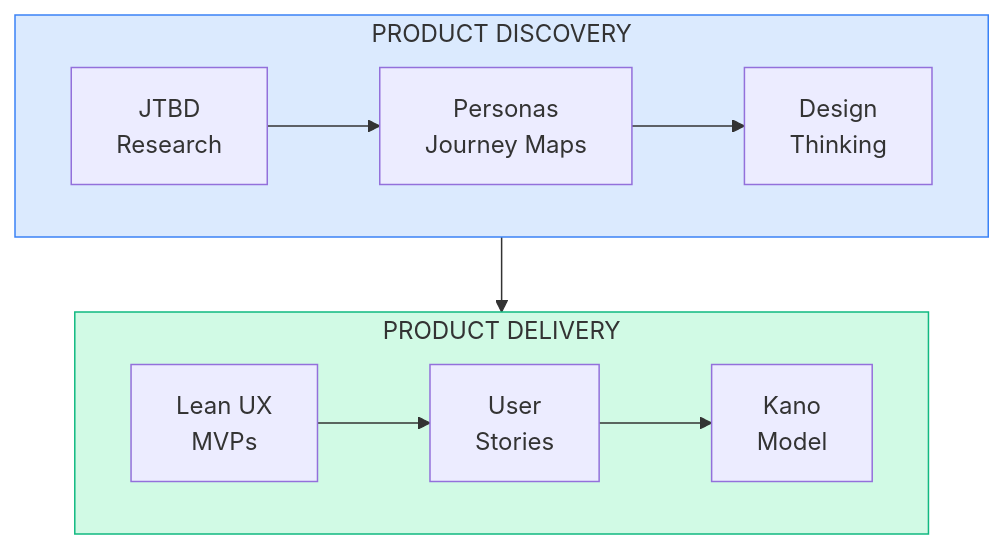
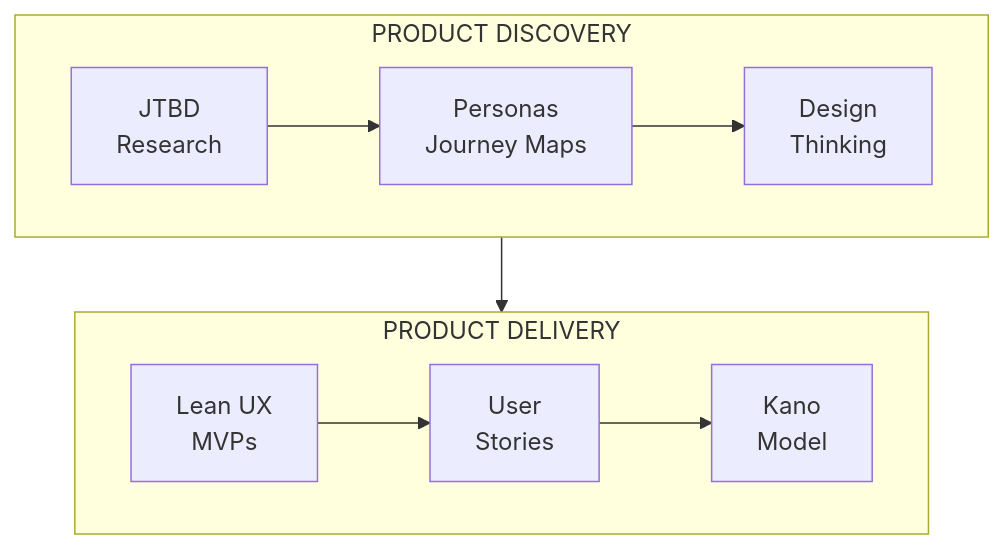
The diagram in docs/product-design/README.md (smileynet/ui-optimizer), drawn with Mermaid before and after one commit. The commit also changed 6 other files, not shown here.

First line of the commit message:
fix: remove hardcoded Mermaid fill colors for dark mode compatibility

````diff
--- a/docs/product-design/README.md
+++ b/docs/product-design/README.md
@@ -32,17 +32,14 @@
 ```mermaid
 flowchart TB
     subgraph Discovery["PRODUCT DISCOVERY"]
         direction LR
         JTBD["JTBD<br/>Research"] --> Personas["Personas<br/>Journey Maps"] --> DT["Design<br/>Thinking"]
     end
     
     subgraph Delivery["PRODUCT DELIVERY"]
         direction LR
         Lean["Lean UX<br/>MVPs"] --> Stories["User<br/>Stories"] --> Kano["Kano<br/>Model"]
     end
     
     DT --> Lean
-    
-    style Discovery fill:#dbeafe,stroke:#3b82f6
-    style Delivery fill:#d1fae5,stroke:#10b981
 ```
````
